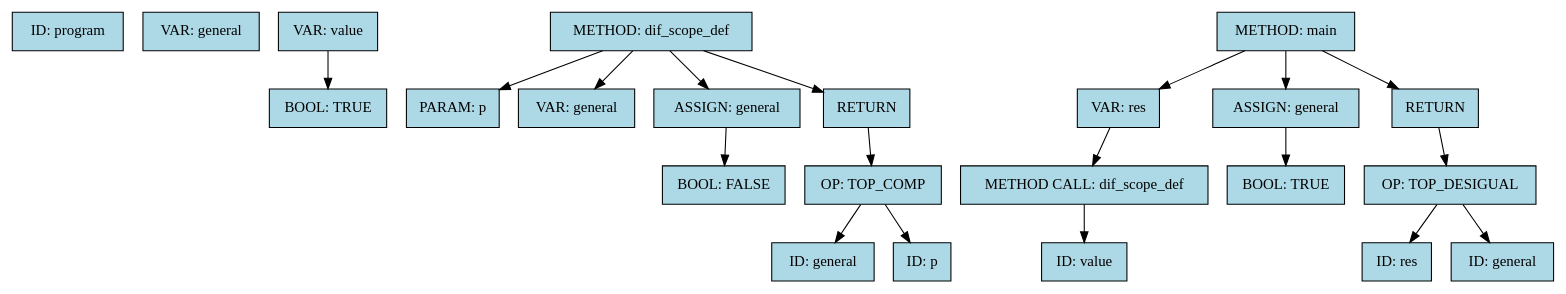
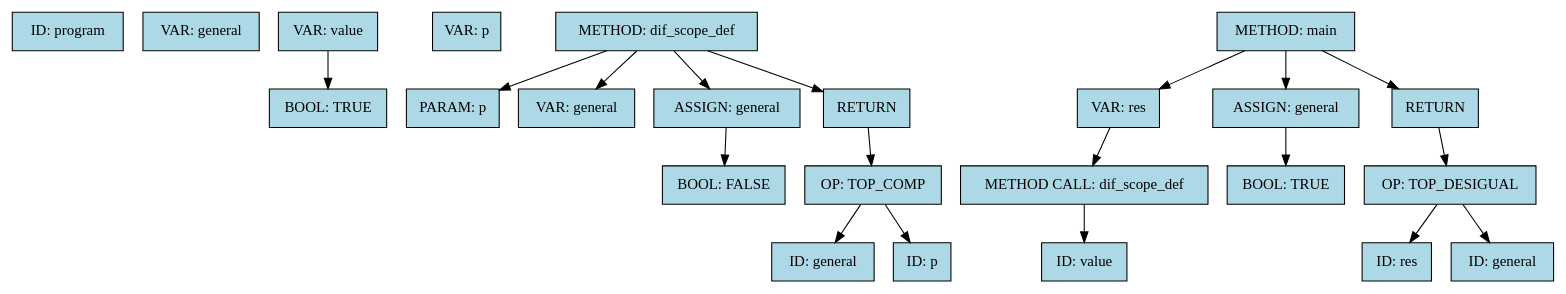
The diagram in ast.dot (joaquinmezzano/proyecto-compiladores), drawn with Graphviz before and after one commit. The commit also changed 4 other files, not shown here.

```diff
--- a/ast.dot
+++ b/ast.dot
@@ -1,45 +1,46 @@
 digraph AST {
   rankdir=TB;
   node [shape=box, style=filled, fillcolor=lightblue];
   "n0" [label="ID: program"];
   "n1" [label="VAR: general"];
   "n2" [label="VAR: value"];
   "n3" [label="BOOL: TRUE"];
   "n2" -> "n3";
-  "n4" [label="METHOD: dif_scope_def"];
-  "n5" [label="PARAM: p"];
-  "n4" -> "n5";
-  "n6" [label="VAR: general"];
-  "n4" -> "n6";
-  "n7" [label="ASSIGN: general"];
-  "n4" -> "n7";
-  "n8" [label="BOOL: FALSE"];
-  "n7" -> "n8";
-  "n9" [label="RETURN"];
-  "n4" -> "n9";
-  "n10" [label="OP: TOP_COMP"];
-  "n9" -> "n10";
-  "n11" [label="ID: general"];
+  "n4" [label="VAR: p"];
+  "n5" [label="METHOD: dif_scope_def"];
+  "n6" [label="PARAM: p"];
+  "n5" -> "n6";
+  "n7" [label="VAR: general"];
+  "n5" -> "n7";
+  "n8" [label="ASSIGN: general"];
+  "n5" -> "n8";
+  "n9" [label="BOOL: FALSE"];
+  "n8" -> "n9";
+  "n10" [label="RETURN"];
+  "n5" -> "n10";
+  "n11" [label="OP: TOP_COMP"];
   "n10" -> "n11";
-  "n12" [label="ID: p"];
-  "n10" -> "n12";
-  "n13" [label="METHOD: main"];
-  "n14" [label="VAR: res"];
-  "n13" -> "n14";
-  "n15" [label="METHOD CALL: dif_scope_def"];
+  "n12" [label="ID: general"];
+  "n11" -> "n12";
+  "n13" [label="ID: p"];
+  "n11" -> "n13";
+  "n14" [label="METHOD: main"];
+  "n15" [label="VAR: res"];
   "n14" -> "n15";
-  "n16" [label="ID: value"];
+  "n16" [label="METHOD CALL: dif_scope_def"];
   "n15" -> "n16";
-  "n17" [label="ASSIGN: general"];
-  "n13" -> "n17";
-  "n18" [label="BOOL: TRUE"];
-  "n17" -> "n18";
-  "n19" [label="RETURN"];
-  "n13" -> "n19";
-  "n20" [label="OP: TOP_DESIGUAL"];
-  "n19" -> "n20";
-  "n21" [label="ID: res"];
+  "n17" [label="ID: value"];
+  "n16" -> "n17";
+  "n18" [label="ASSIGN: general"];
+  "n14" -> "n18";
+  "n19" [label="BOOL: TRUE"];
+  "n18" -> "n19";
+  "n20" [label="RETURN"];
+  "n14" -> "n20";
+  "n21" [label="OP: TOP_DESIGUAL"];
   "n20" -> "n21";
-  "n22" [label="ID: general"];
-  "n20" -> "n22";
+  "n22" [label="ID: res"];
+  "n21" -> "n22";
+  "n23" [label="ID: general"];
+  "n21" -> "n23";
 }
```
